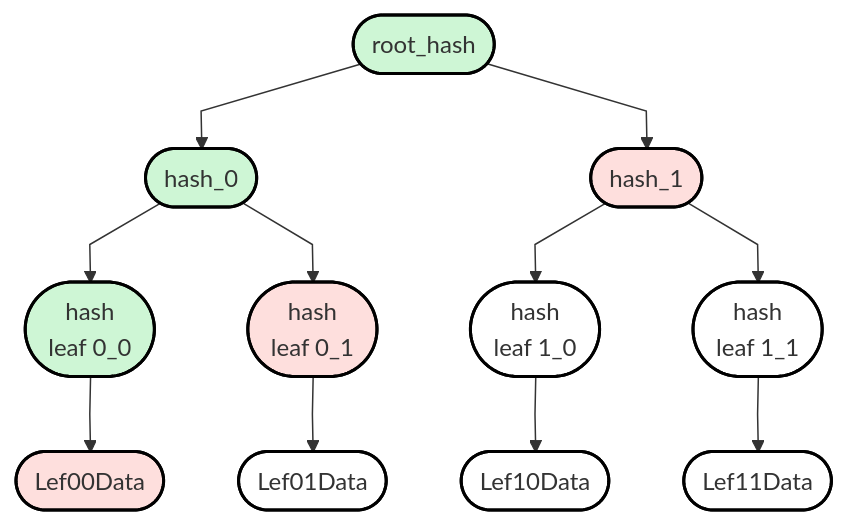
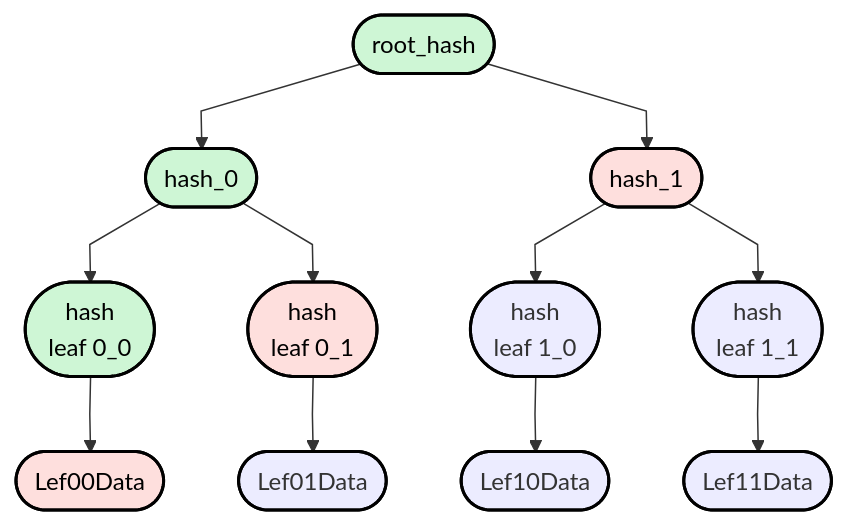
The second of 2 diagrams in proposal-04-Syscoin-Draft.md (Calindra/cartesi-proposals), drawn with Mermaid before and after one commit.

````diff
--- a/proposal-04-Syscoin-Draft.md
+++ b/proposal-04-Syscoin-Draft.md
@@ -87,19 +87,20 @@
 ```mermaid
 %%{ init: { 'flowchart': { 'curve': 'linear' } } }%%
 flowchart TB;
-    classDef default stroke-width:2px,stroke:#000,fill:white;
+    classDef default stroke-width:2px,stroke:#000;
+    classDef green,red color:#000
     classDef green fill:#cef6d5;
     classDef red fill:#fedfdd;
 
     A([root_hash]):::green -->B([hash_0]):::green
     A-->C([hash_1]):::red;
     B-->E([hash\nleaf 0_0]):::green
     B-->F([hash\nleaf 0_1]):::red
     C-->H([hash\nleaf 1_0])
     C-->I([hash\nleaf 1_1])
     
     E-->J([Lef00Data]):::red
     F-->K([Lef01Data])
     H-->L([Lef10Data])
     I-->M([Lef11Data])
 ```
````
